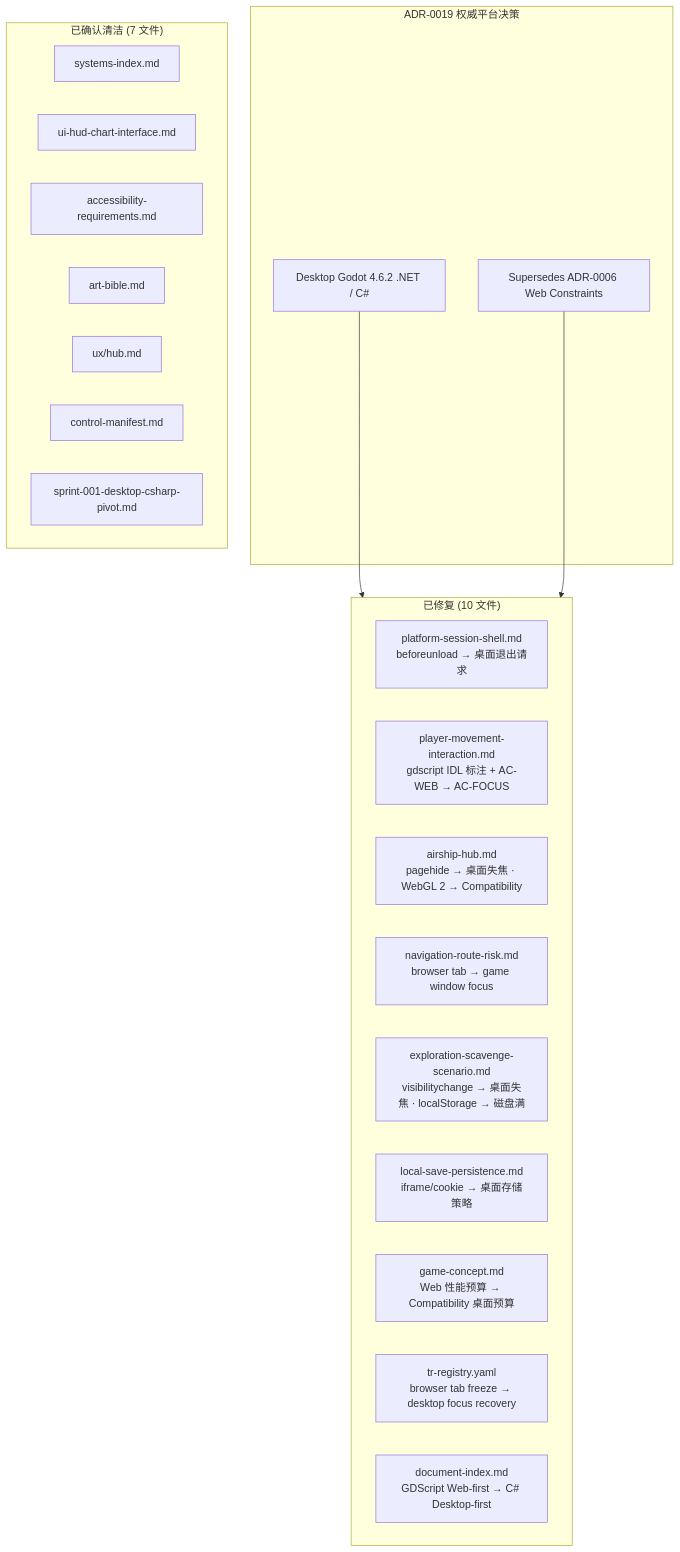
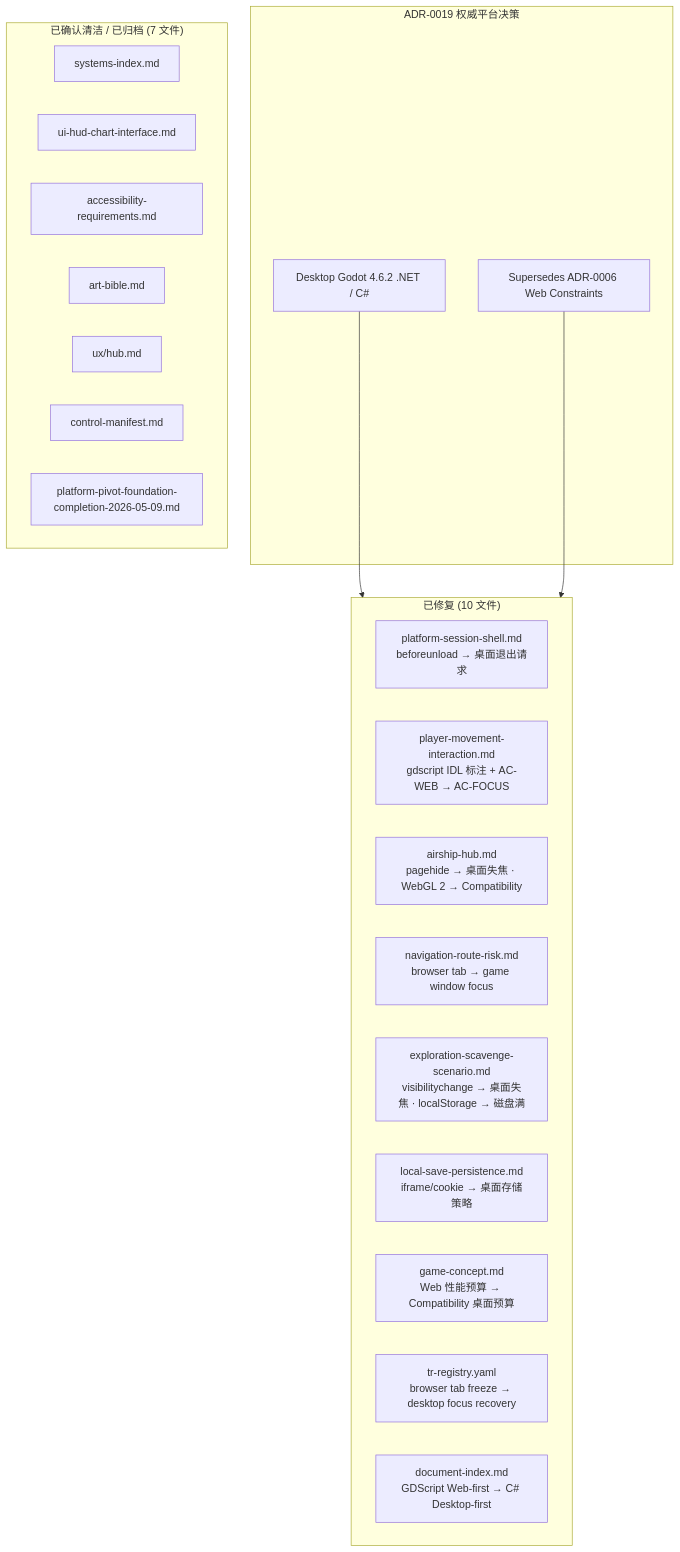
Before and after one commit to lieinsay/Claude-Code-Game-Studios: diagram 13 of 16 in docs/document-index.md, drawn with Mermaid. The commit also changed 14 other files, not shown here.

First line of the commit message:
Complete the desktop C# foundation pivot

````diff
--- a/docs/document-index.md
+++ b/docs/document-index.md
@@ -918,32 +918,32 @@
 ```mermaid
 graph TB
     subgraph ADR0019["ADR-0019 权威平台决策"]
         DECISION["Desktop Godot 4.6.2 .NET / C#"]
         SUPERSEDE["Supersedes ADR-0006 Web Constraints"]
     end
 
     subgraph Fixed["已修复 (10 文件)"]
         F1["platform-session-shell.md<br/>beforeunload → 桌面退出请求"]
         F2["player-movement-interaction.md<br/>gdscript IDL 标注 + AC-WEB → AC-FOCUS"]
         F3["airship-hub.md<br/>pagehide → 桌面失焦 · WebGL 2 → Compatibility"]
         F4["navigation-route-risk.md<br/>browser tab → game window focus"]
         F5["exploration-scavenge-scenario.md<br/>visibilitychange → 桌面失焦 · localStorage → 磁盘满"]
         F6["local-save-persistence.md<br/>iframe/cookie → 桌面存储策略"]
         F7["game-concept.md<br/>Web 性能预算 → Compatibility 桌面预算"]
         F8["tr-registry.yaml<br/>browser tab freeze → desktop focus recovery"]
         F9["document-index.md<br/>GDScript Web-first → C# Desktop-first"]
     end
 
-    subgraph Clean["已确认清洁 (7 文件)"]
+    subgraph Clean["已确认清洁 / 已归档 (7 文件)"]
         C1["systems-index.md"]
         C2["ui-hud-chart-interface.md"]
         C3["accessibility-requirements.md"]
         C4["art-bible.md"]
         C5["ux/hub.md"]
         C6["control-manifest.md"]
-        C7["sprint-001-desktop-csharp-pivot.md"]
+        C7["platform-pivot-foundation-completion-2026-05-09.md"]
     end
 
     DECISION --> Fixed
     SUPERSEDE --> Fixed
 ```
````
